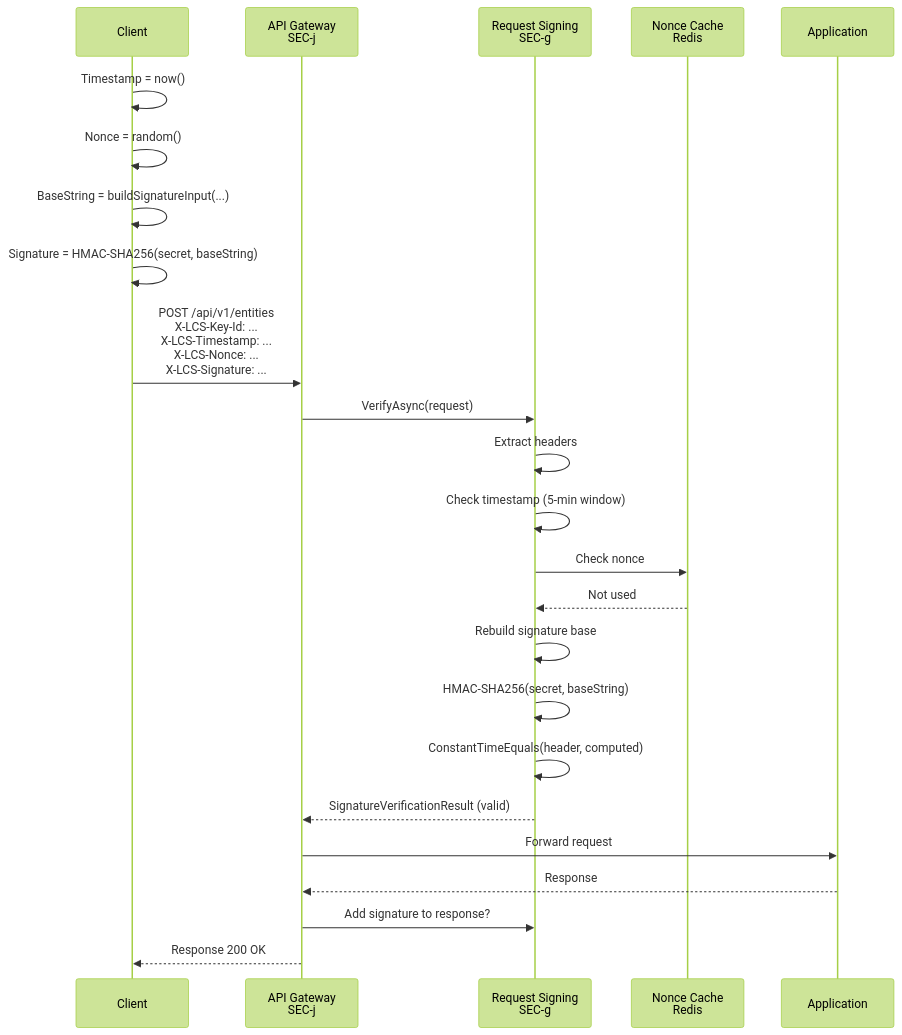
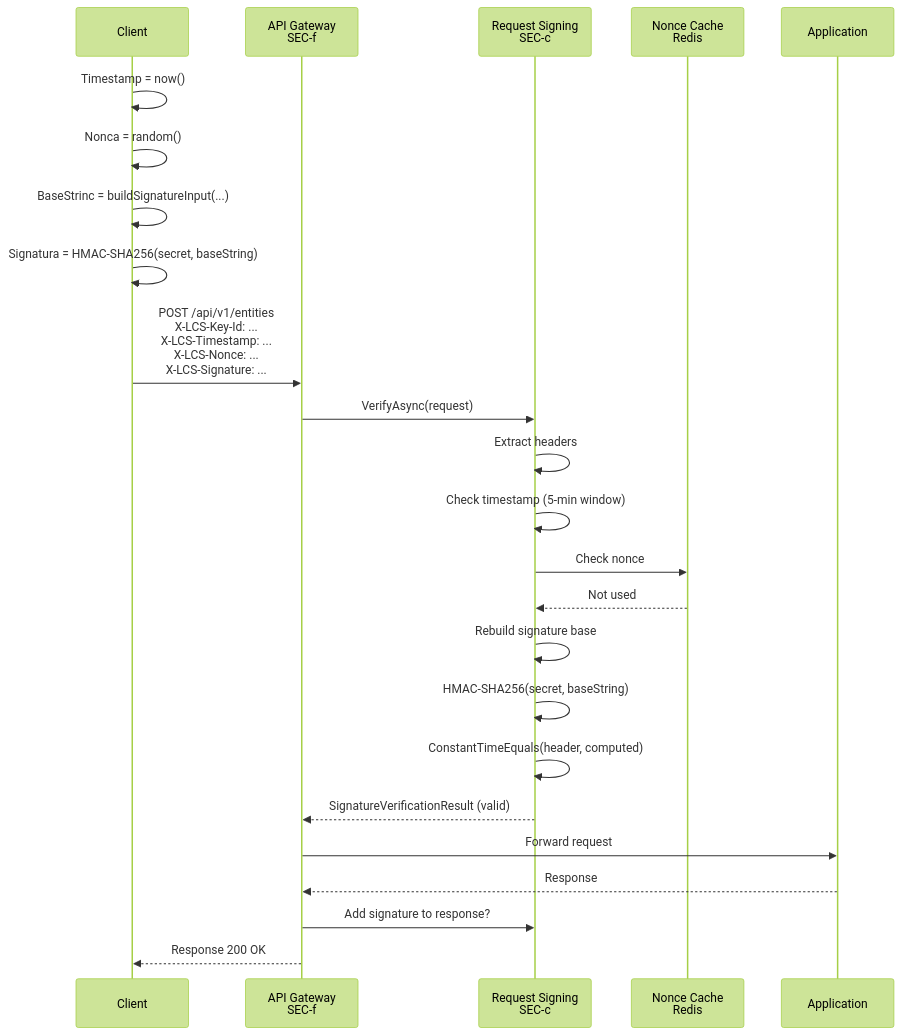
The fifth of 7 diagrams in docs/specs/v0.11.x/v0.11.5/LCS-DES-v0.11.5-SEC-INDEX.md (southpawriter02/lexichord), drawn with Mermaid (forest theme) before and after one commit. The commit also changed other lines of this file and 74 other files, not shown here.

````diff
--- a/docs/specs/v0.11.x/v0.11.5/LCS-DES-v0.11.5-SEC-INDEX.md
+++ b/docs/specs/v0.11.x/v0.11.5/LCS-DES-v0.11.5-SEC-INDEX.md
@@ -451,27 +451,27 @@
 ```mermaid
 sequenceDiagram
     participant Client
-    participant Gateway as API Gateway<br/>SEC-j
-    participant Sign as Request Signing<br/>SEC-g
+    participant Gateway as API Gateway<br/>SEC-f
+    participant Sign as Request Signing<br/>SEC-c
     participant Cache as Nonce Cache<br/>Redis
     participant App as Application
 
     Client->>Client: Timestamp = now()
-    Client->>Client: Nonce = random()
-    Client->>Client: BaseString = buildSignatureInput(...)
-    Client->>Client: Signature = HMAC-SHA256(secret, baseString)
+    Client->>Client: Nonca = random()
+    Client->>Client: BaseStrinc = buildSignatureInput(...)
+    Client->>Client: Signatura = HMAC-SHA256(secret, baseString)
     Client->>Gateway: POST /api/v1/entities<br/>X-LCS-Key-Id: ...<br/>X-LCS-Timestamp: ...<br/>X-LCS-Nonce: ...<br/>X-LCS-Signature: ...
     Gateway->>Sign: VerifyAsync(request)
     Sign->>Sign: Extract headers
     Sign->>Sign: Check timestamp (5-min window)
     Sign->>Cache: Check nonce
     Cache-->>Sign: Not used
     Sign->>Sign: Rebuild signature base
     Sign->>Sign: HMAC-SHA256(secret, baseString)
     Sign->>Sign: ConstantTimeEquals(header, computed)
     Sign-->>Gateway: SignatureVerificationResult (valid)
     Gateway->>App: Forward request
     App-->>Gateway: Response
     Gateway->>Sign: Add signature to response?
     Gateway-->>Client: Response 200 OK
 ```
````
